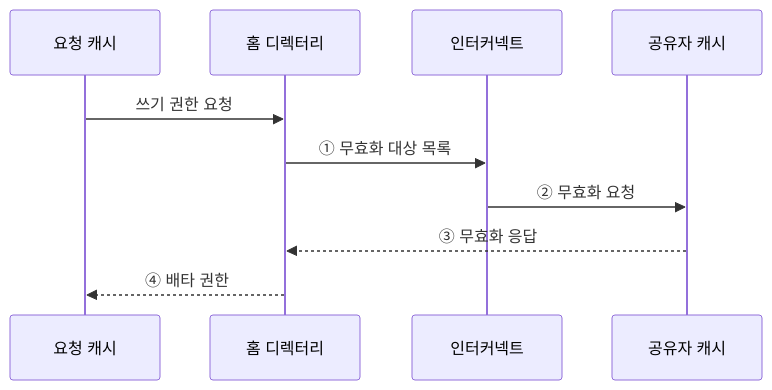
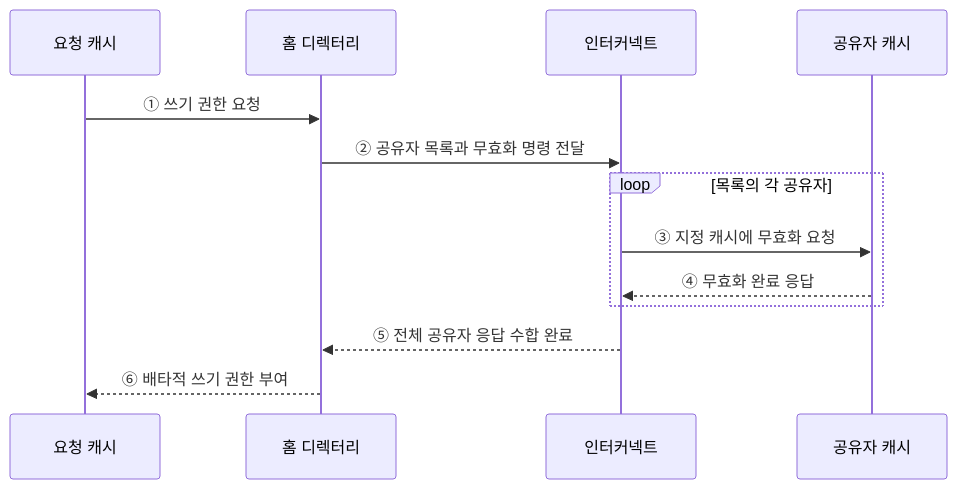
The second of 2 diagrams in src/content/docs/notes/02-hardware/015_bus_snooping_directory_coherence.md (agnusdei1207/knowledge-base), drawn with Mermaid before and after one commit. The commit also changed other lines of this file and 18 other files, not shown here.

````diff
--- a/src/content/docs/notes/02-hardware/015_bus_snooping_directory_coherence.md
+++ b/src/content/docs/notes/02-hardware/015_bus_snooping_directory_coherence.md
@@ -82,12 +82,15 @@
 ```mermaid
 sequenceDiagram
     participant C as 요청 캐시
     participant H as 홈 디렉터리
     participant N as 인터커넥트
     participant S as 공유자 캐시
-    C->>H: 쓰기 권한 요청
-    H->>N: ① 무효화 대상 목록
-    N->>S: ② 무효화 요청
-    S-->>H: ③ 무효화 응답
-    H-->>C: ④ 배타 권한
+    C->>H: ① 쓰기 권한 요청
+    H->>N: ② 공유자 목록과 무효화 명령 전달
+    loop 목록의 각 공유자
+        N->>S: ③ 지정 캐시에 무효화 요청
+        S-->>N: ④ 무효화 완료 응답
+    end
+    N-->>H: ⑤ 전체 공유자 응답 수합 완료
+    H-->>C: ⑥ 배타적 쓰기 권한 부여
 ```
````
